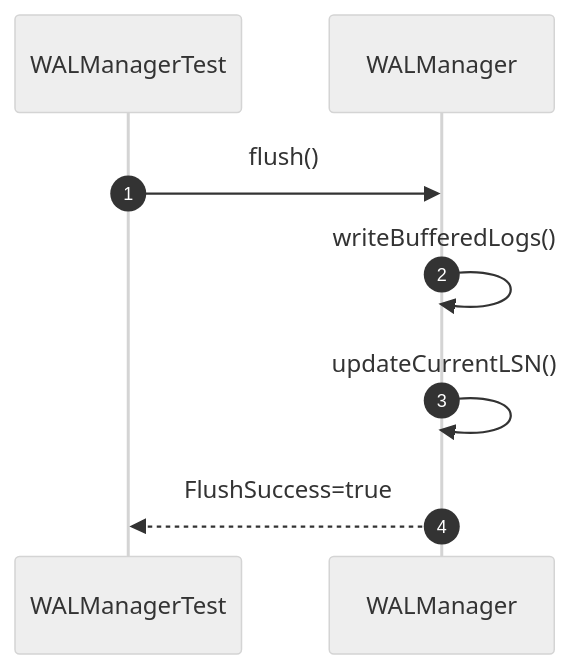
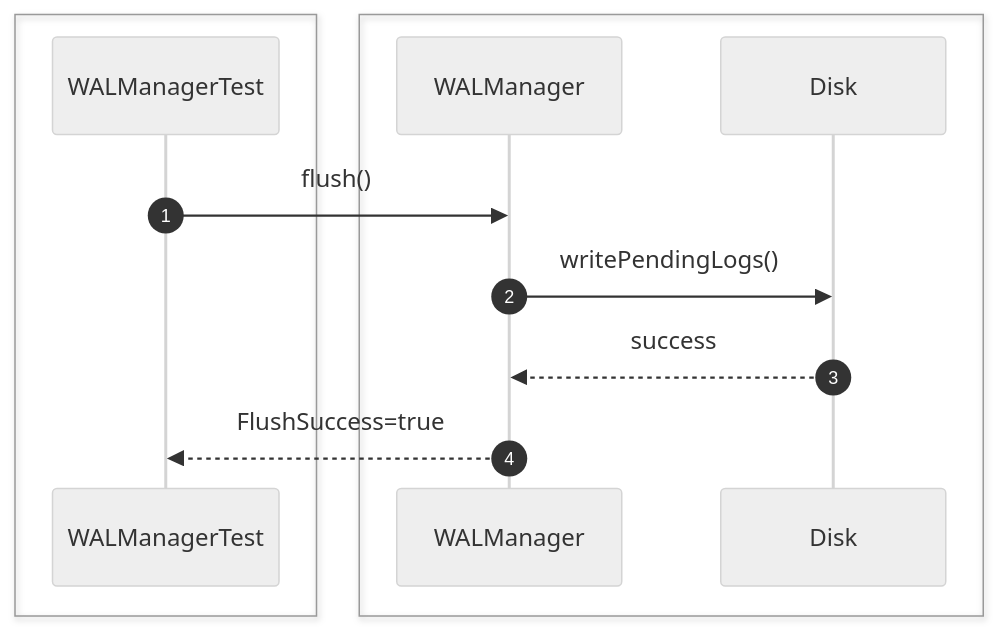
One commit to Huy1801214/dbms-architecture changed the second of 28 diagrams in src/sequence/recovery.md. Above: the diagram before and after it, drawn with Mermaid (neutral theme). The commit also changed other lines of this file and 10 other files, not shown here.

Commit message:
add comprehensive sequence diagrams and documentation for system architecture and unit testing specifications

````diff
--- a/src/sequence/recovery.md
+++ b/src/sequence/recovery.md
@@ -27,14 +23,17 @@
 ```mermaid
 sequenceDiagram
     autonumber
+
+    box #e1f5fe Test Suite
     participant Test as WALManagerTest
+    end
+    box #ffebee Recovery Components
     participant WAL as WALManager
+    participant Disk as Disk
+    end
 
     Test->>WAL: flush()
-
-    WAL->>WAL: writeBufferedLogs()
-
-    WAL->>WAL: updateCurrentLSN()
-
+    WAL->>Disk: writePendingLogs()
+    Disk-->>WAL: success
     WAL-->>Test: FlushSuccess=true
 ```
````
